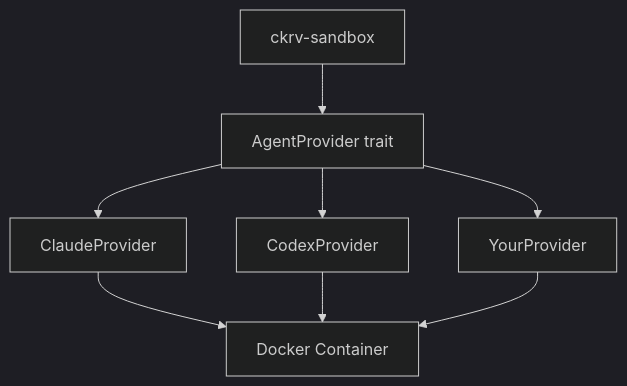
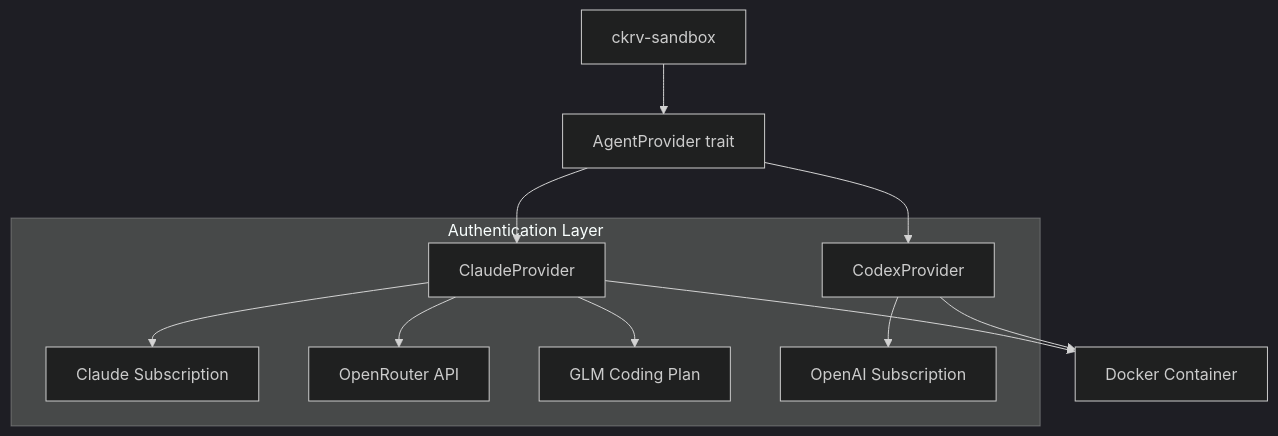
Before and after one commit to FnSK4R17s/chakravarti-cli: the diagram in crates/docs/agent-guide.md, drawn with Mermaid (dark theme). The commit also changed other lines of this file and 20 other files, not shown here.

````diff
--- a/crates/docs/agent-guide.md
+++ b/crates/docs/agent-guide.md
@@ -28,11 +52,16 @@
 ```mermaid
 graph TD
     Sandbox[ckrv-sandbox] --> Provider[AgentProvider trait]
     Provider --> Claude[ClaudeProvider]
     Provider --> Codex[CodexProvider]
-    Provider --> Future[YourProvider]
     
     Claude --> Docker[Docker Container]
     Codex --> Docker
-    Future --> Docker
+    
+    subgraph "Authentication Layer"
+        Claude --> ClaudeSub[Claude Subscription]
+        Claude --> OpenRouter[OpenRouter API]
+        Claude --> GLM[GLM Coding Plan]
+        Codex --> OpenAISub[OpenAI Subscription]
+    end
 ```
````
